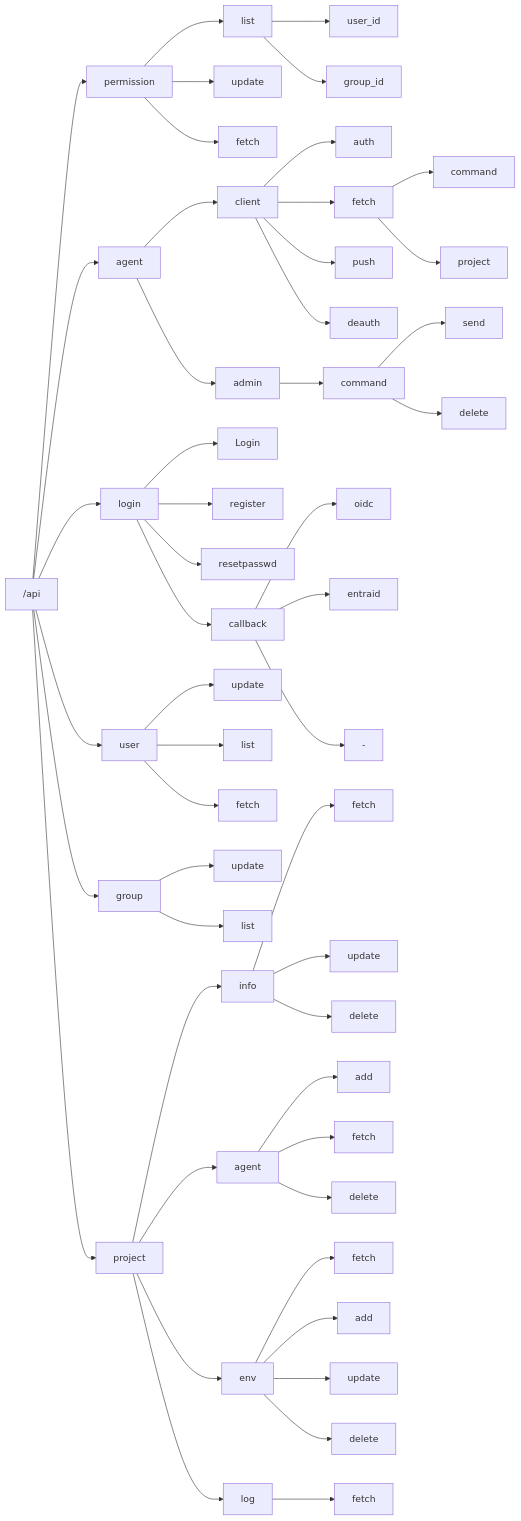
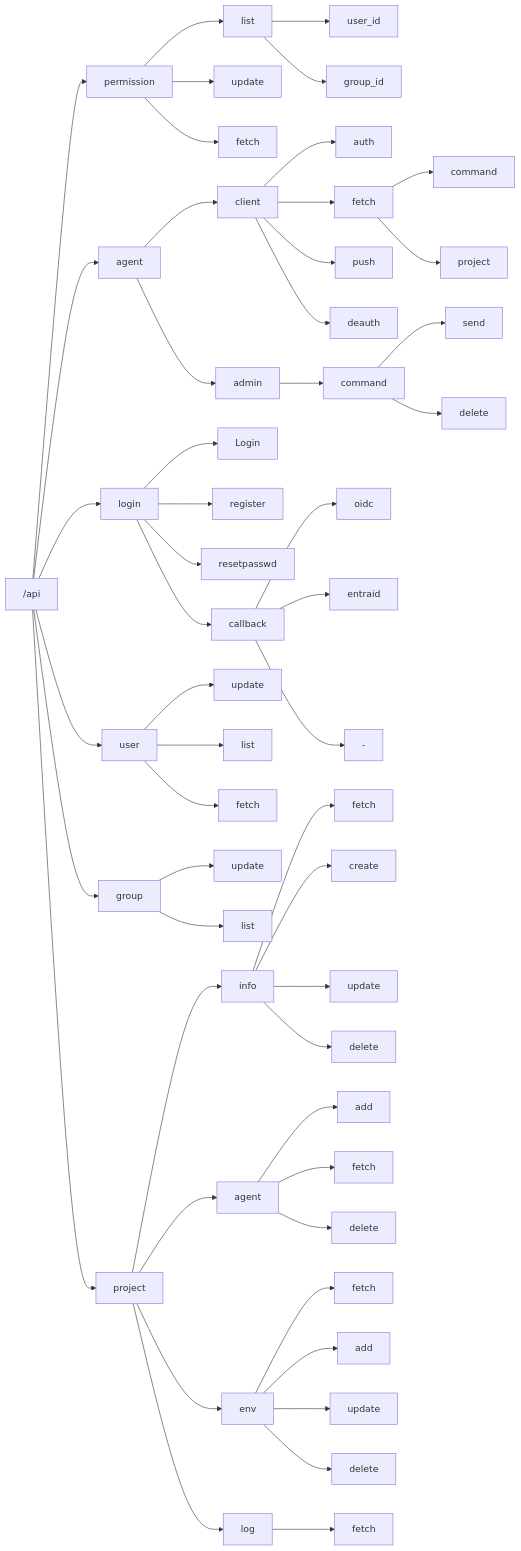
One commit to CreatechStudio/EnvXSync changed the diagram in docs/backend/endpoint.md. Above: the diagram before and after it, drawn with Mermaid. The commit also changed 6 other files, not shown here.

````diff
--- a/docs/backend/endpoint.md
+++ b/docs/backend/endpoint.md
@@ -1,59 +1,60 @@
 ```mermaid
 graph LR
     A["/api"]
     
     A --> B["permission"]
     B --> B1["list"]
     B1 --> B1a["user_id"]
     B1 --> B1b["group_id"]
     B --> B2["update"]
     B --> B3["fetch"]
 
     A --> C["agent"]
     C --> C1["client"]
     C1 --> C1a["auth"]
     C1 --> C1b["fetch"]
     C1b --> C1b1["command"]
     C1b --> C1b2["project"]
     C1 --> C1c["push"]
     C1 --> C1d["deauth"]
     C --> C2["admin"]
     C2 --> C2a["command"]
     C2a --> C2a1["send"]
     C2a --> C2a2["delete"]
 
     A --> D["login"]
     D --> D1["Login"]
     D --> D2["register"]
     D --> D3["resetpasswd"]
     D --> D4["callback"]
     D4 --> D4a["oidc"]
     D4 --> D4b["entraid"]
     D4 --> D4c["-"]
 
     A --> E["user"]
     E --> E1["update"]
     E --> E2["list"]
     E --> E3["fetch"]
 
     A --> F["group"]
     F --> F1["update"]
     F --> F2["list"]
 
     A --> G["project"]
     G --> G1["info"]
     G1 --> G1a["fetch"]
-    G1 --> G1b["update"]
-    G1 --> G1c["delete"]
+    G1 --> G1b["create"]
+    G1 --> G1c["update"]
+    G1 --> G1d["delete"]
     G --> G2["agent"]
     G2 --> G2a["add"]
     G2 --> G2b["fetch"]
     G2 --> G2c["delete"]
     G --> G3["env"]
     G3 --> G3a["fetch"]
     G3 --> G3b["add"]
     G3 --> G3c["update"]
     G3 --> G3d["delete"]
     G --> G4["log"]
     G4 --> G4a["fetch"]
 ```
````
